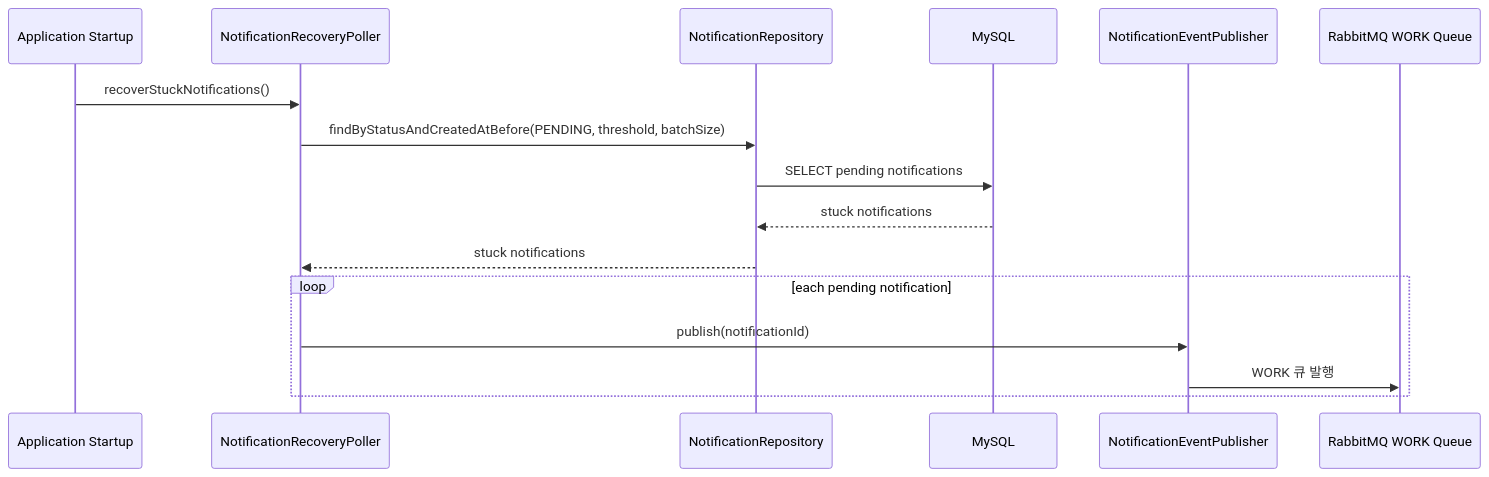
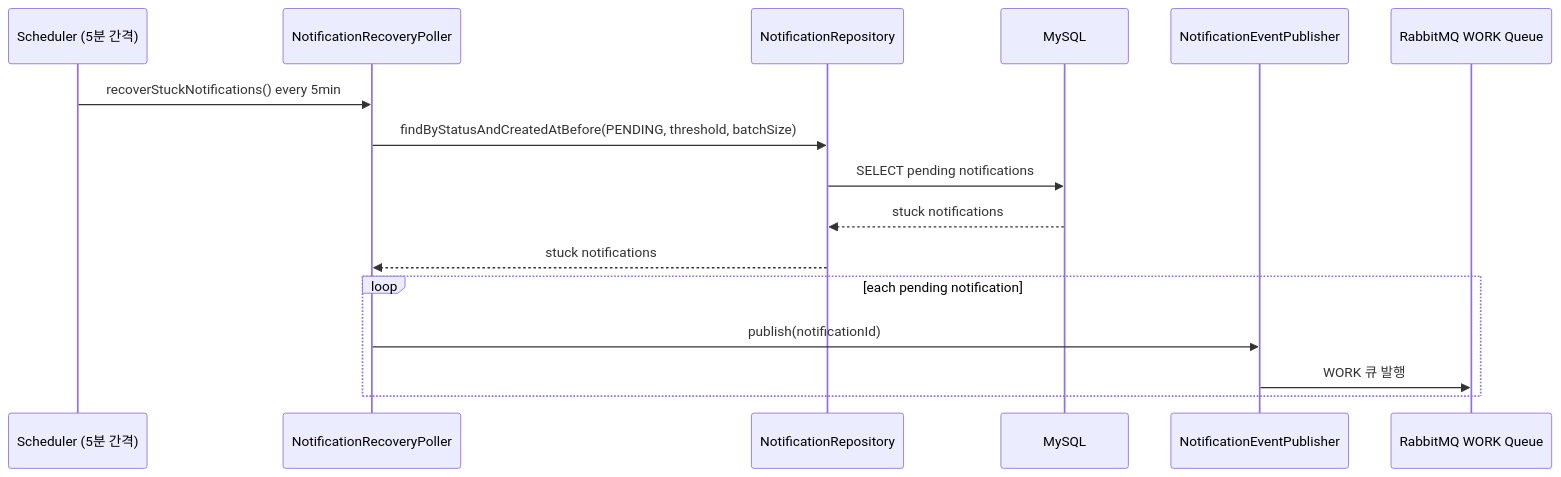
One commit to yht0827/notification-dispatcher changed the sixth of 6 diagrams in docs/02-sequence-diagrams.md. Above: the diagram before and after it, drawn with Mermaid. The commit also changed other lines of this file and 80 other files, not shown here.

````diff
--- a/docs/02-sequence-diagrams.md
+++ b/docs/02-sequence-diagrams.md
@@ -285,20 +246,20 @@
 ```mermaid
 sequenceDiagram
-    participant APP as Application Startup
+    participant APP as Scheduler (5분 간격)
     participant RP as NotificationRecoveryPoller
     participant NR as NotificationRepository
     participant DB as MySQL
     participant PUB as NotificationEventPublisher
     participant MQ as RabbitMQ WORK Queue
 
-    APP->>RP: recoverStuckNotifications()
+    APP->>RP: recoverStuckNotifications() every 5min
     RP->>NR: findByStatusAndCreatedAtBefore(PENDING, threshold, batchSize)
     NR->>DB: SELECT pending notifications
     DB-->>NR: stuck notifications
     NR-->>RP: stuck notifications
 
     loop each pending notification
         RP->>PUB: publish(notificationId)
         PUB->>MQ: WORK 큐 발행
     end
 ```
````
